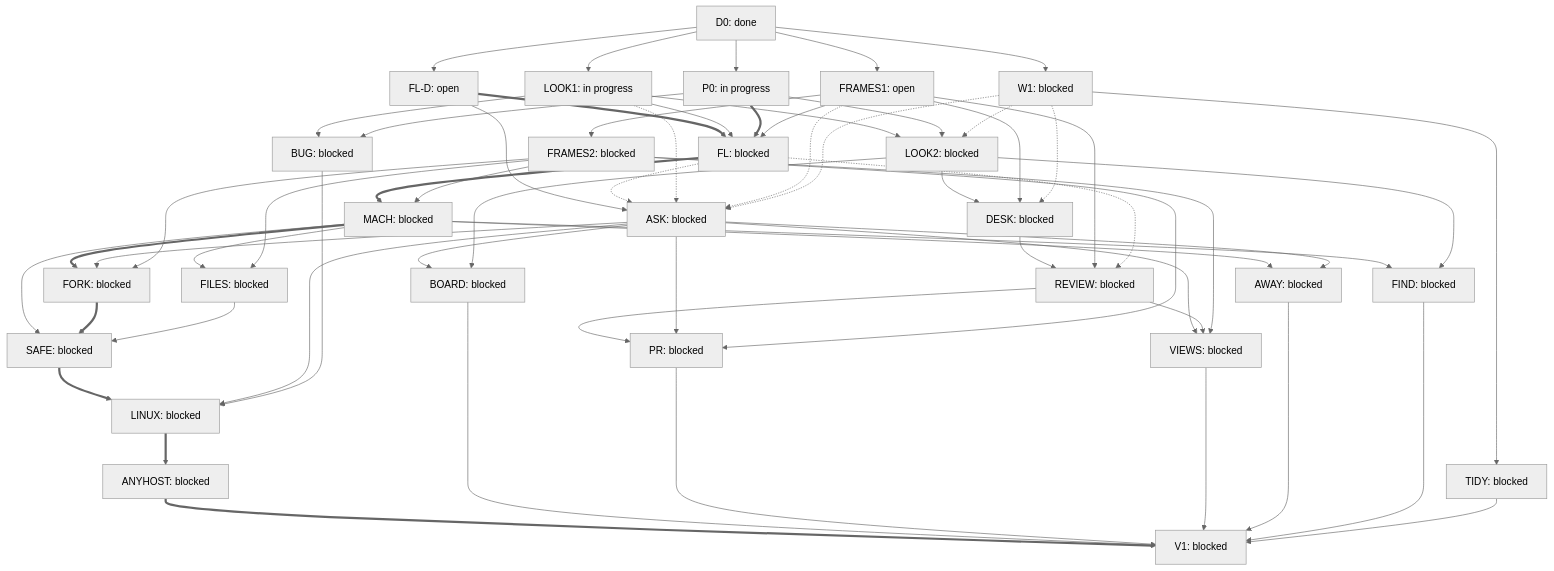
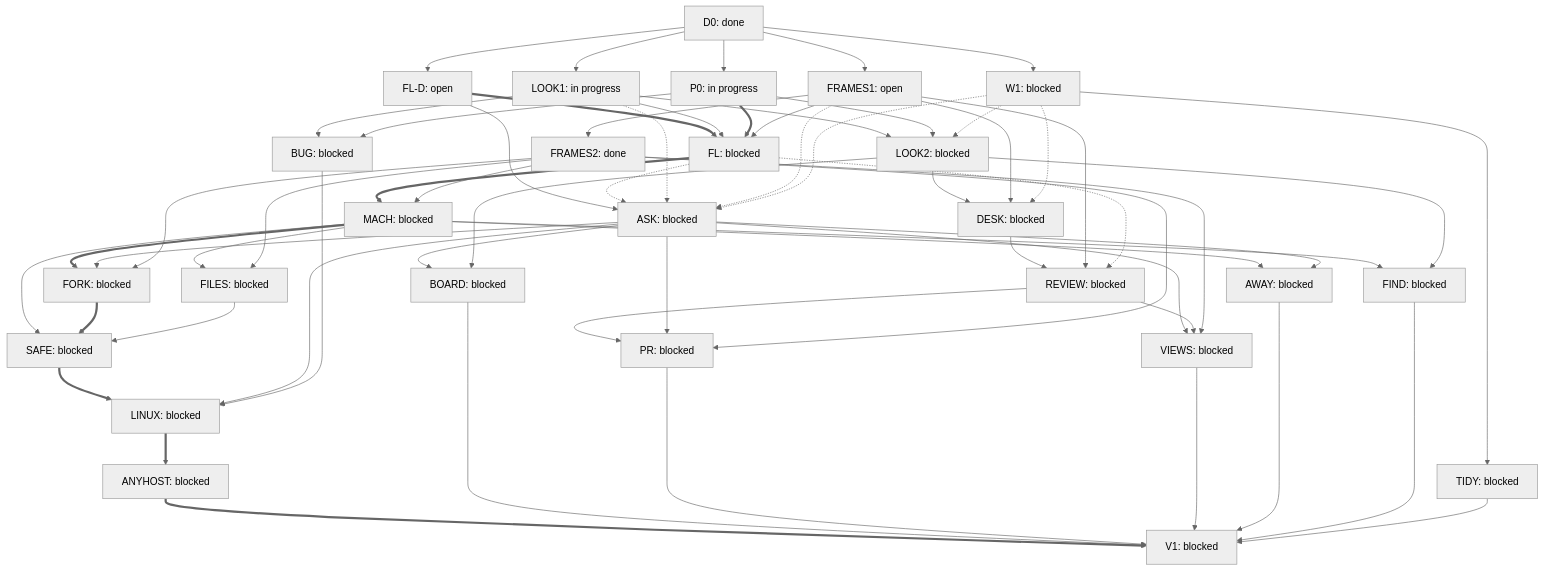
One commit to uhvesta/atmosphere changed the diagram in apps/humata2/workflow/DAG.md. Above: the diagram before and after it, drawn with Mermaid (neutral theme). The commit also changed other lines of this file and 29 other files, not shown here.

```diff
--- a/apps/humata2/workflow/DAG.md
+++ b/apps/humata2/workflow/DAG.md
@@ -97,7 +97,7 @@
   P0["P0: in progress"]
   W1["W1: blocked"]
   FRAMES1["FRAMES1: open"]
-  FRAMES2["FRAMES2: blocked"]
+  FRAMES2["FRAMES2: done"]
   LOOK1["LOOK1: in progress"]
   LOOK2["LOOK2: blocked"]
   FLD["FL-D: open"]
```
